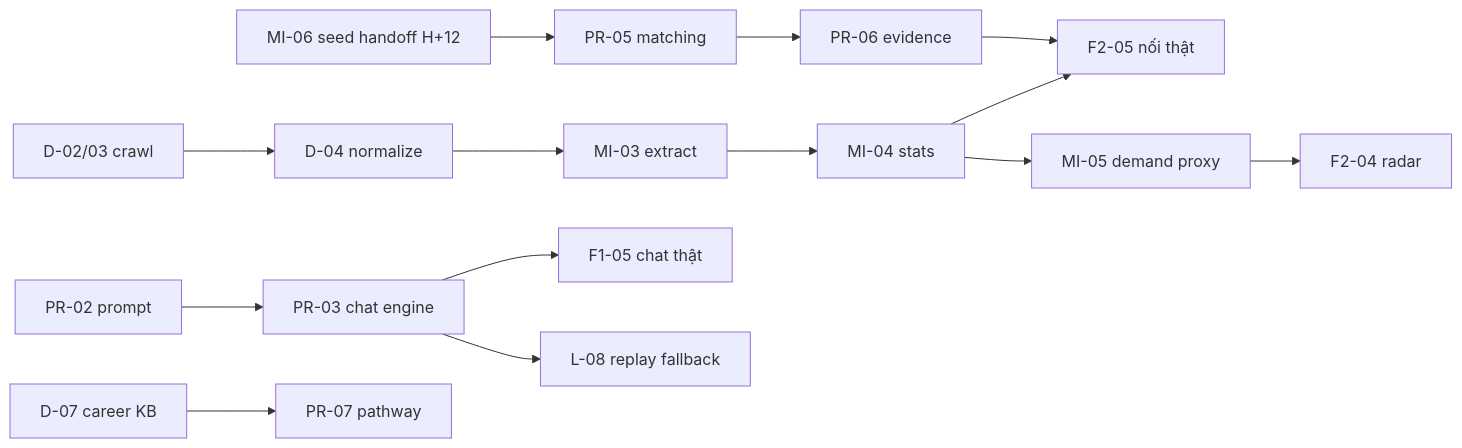
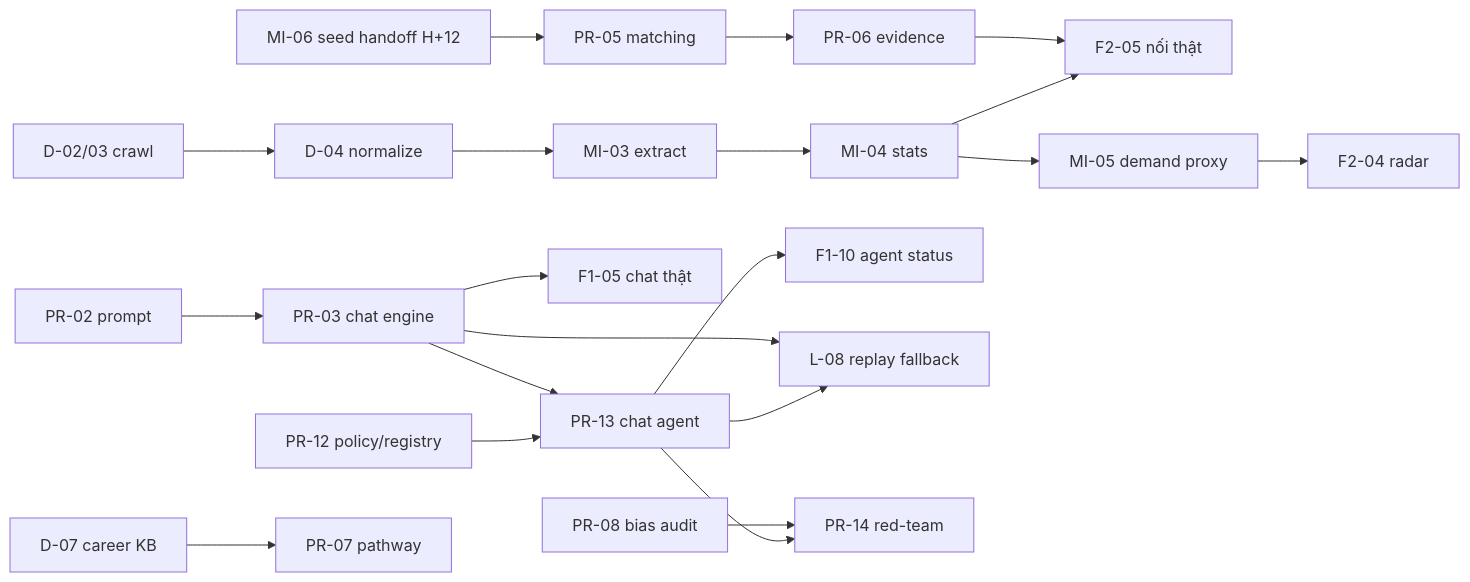
One commit to MRXz194/TitanHack_Careercompass changed the diagram in docs/TASKS.md. Above: the diagram before and after it, drawn with Mermaid. The commit also changed other lines of this file and 6 other files, not shown here.

````diff
--- a/docs/TASKS.md
+++ b/docs/TASKS.md
@@ -163,10 +163,15 @@
 ```mermaid
 graph LR
   D02[D-02/03 crawl] --> D04[D-04 normalize] --> MI03[MI-03 extract]
   MI03 --> MI04[MI-04 stats] --> F205[F2-05 nối thật]
   MI04 --> MI05[MI-05 demand proxy] --> F204[F2-04 radar]
   MI06[MI-06 seed handoff H+12] --> PR05[PR-05 matching] --> PR06[PR-06 evidence] --> F205
   PR02[PR-02 prompt] --> PR03[PR-03 chat engine] --> F105[F1-05 chat thật]
+  PR12[PR-12 policy/registry] --> PR13[PR-13 chat agent] --> F110[F1-10 agent status]
+  PR03 --> PR13
+  PR13 --> L08[L-08 replay fallback]
+  PR13 --> PR14[PR-14 red-team]
+  PR08[PR-08 bias audit] --> PR14
   D07[D-07 career KB] --> PR07[PR-07 pathway]
   PR03 --> L08[L-08 replay fallback]
 ```
````
